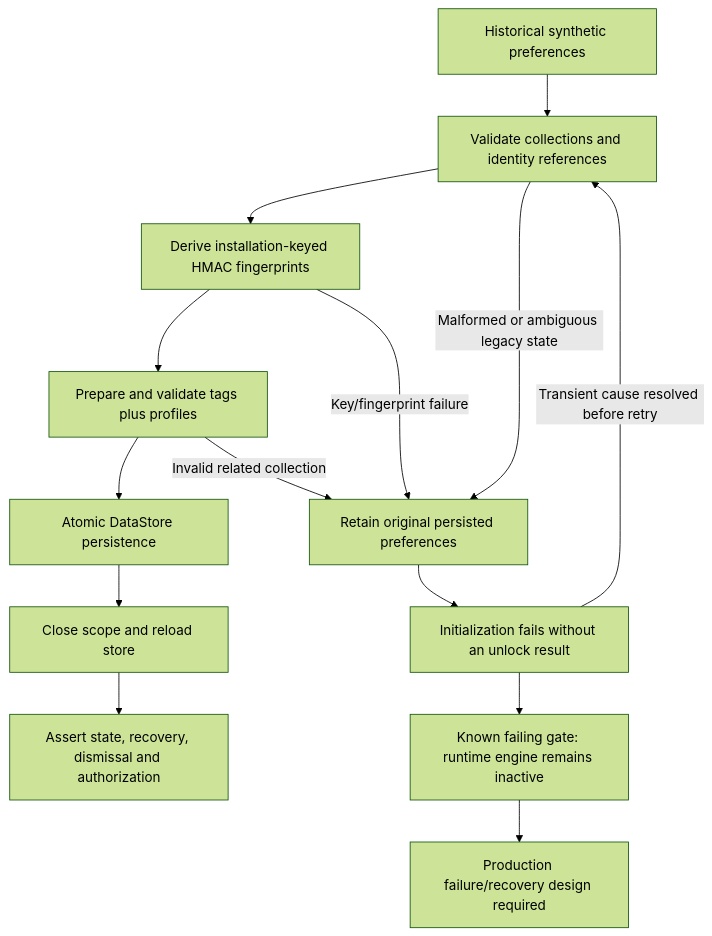
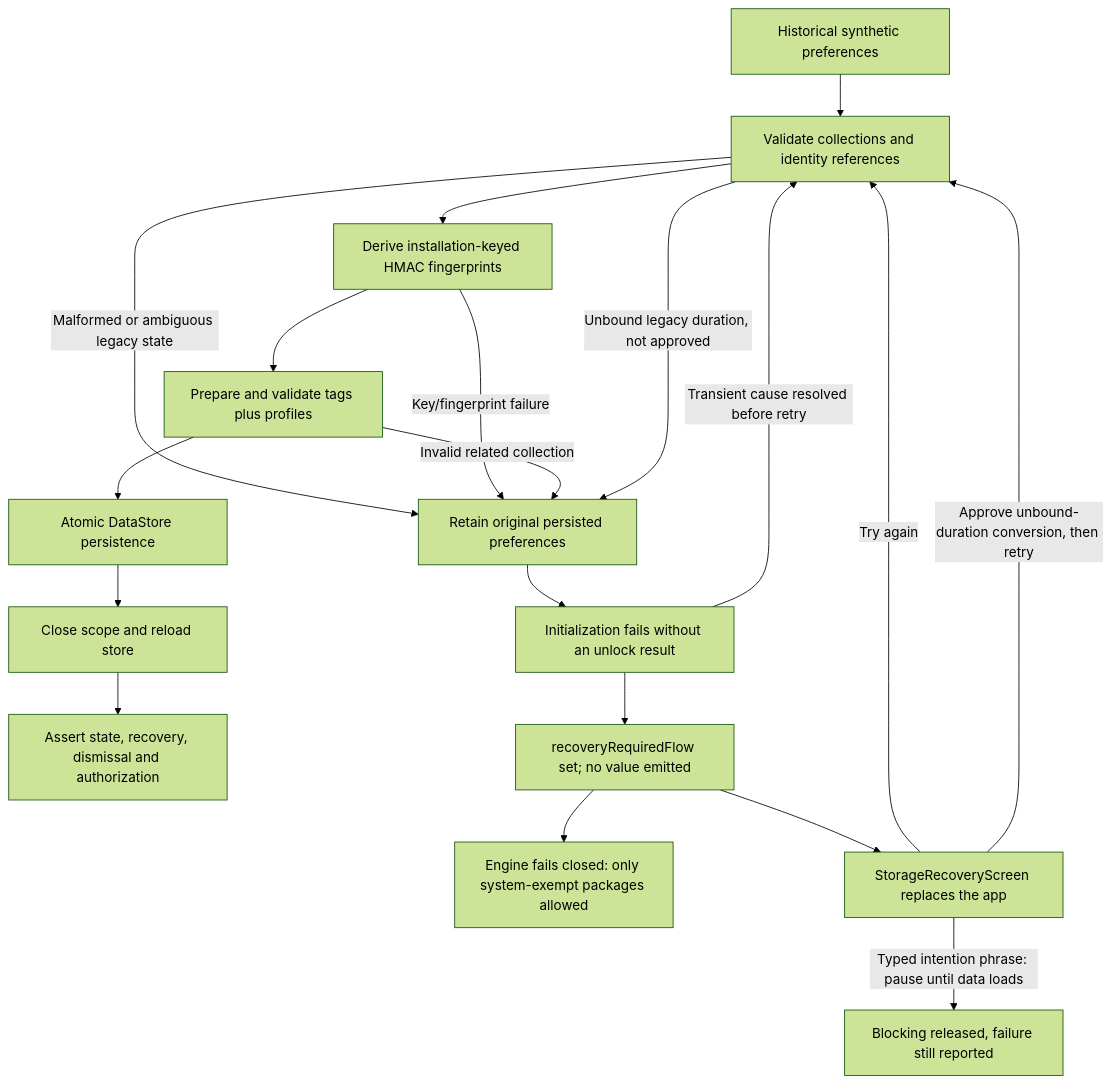
The diagram in docs/testing/migrations.md (mcasillas17/WebSnag), drawn with Mermaid (forest theme) before and after one commit. The commit also changed other lines of this file and 25 other files, not shown here.

````diff
--- a/docs/testing/migrations.md
+++ b/docs/testing/migrations.md
@@ -79,16 +156,21 @@
 ```mermaid
 flowchart TD
     H["Historical synthetic preferences"] --> V["Validate collections and identity references"]
     V --> K["Derive installation-keyed HMAC fingerprints"]
     K --> P["Prepare and validate tags plus profiles"]
     P --> A["Atomic DataStore persistence"]
     A --> R["Close scope and reload store"]
     R --> C["Assert state, recovery, dismissal and authorization"]
     V -->|"Malformed or ambiguous legacy state"| F["Retain original persisted preferences"]
     K -->|"Key/fingerprint failure"| F
     P -->|"Invalid related collection"| F
+    V -->|"Unbound legacy duration, not approved"| F
     F --> E["Initialization fails without an unlock result"]
-    E --> B["Known failing gate: runtime engine remains inactive"]
-    B --> D["Production failure/recovery design required"]
+    E --> G["recoveryRequiredFlow set; no value emitted"]
+    G --> B["Engine fails closed: only system-exempt packages allowed"]
+    G --> S["StorageRecoveryScreen replaces the app"]
+    S -->|"Try again"| V
+    S -->|"Approve unbound-duration conversion, then retry"| V
+    S -->|"Typed intention phrase: pause until data loads"| N["Blocking released, failure still reported"]
     E -->|"Transient cause resolved before retry"| V
 ```
````
